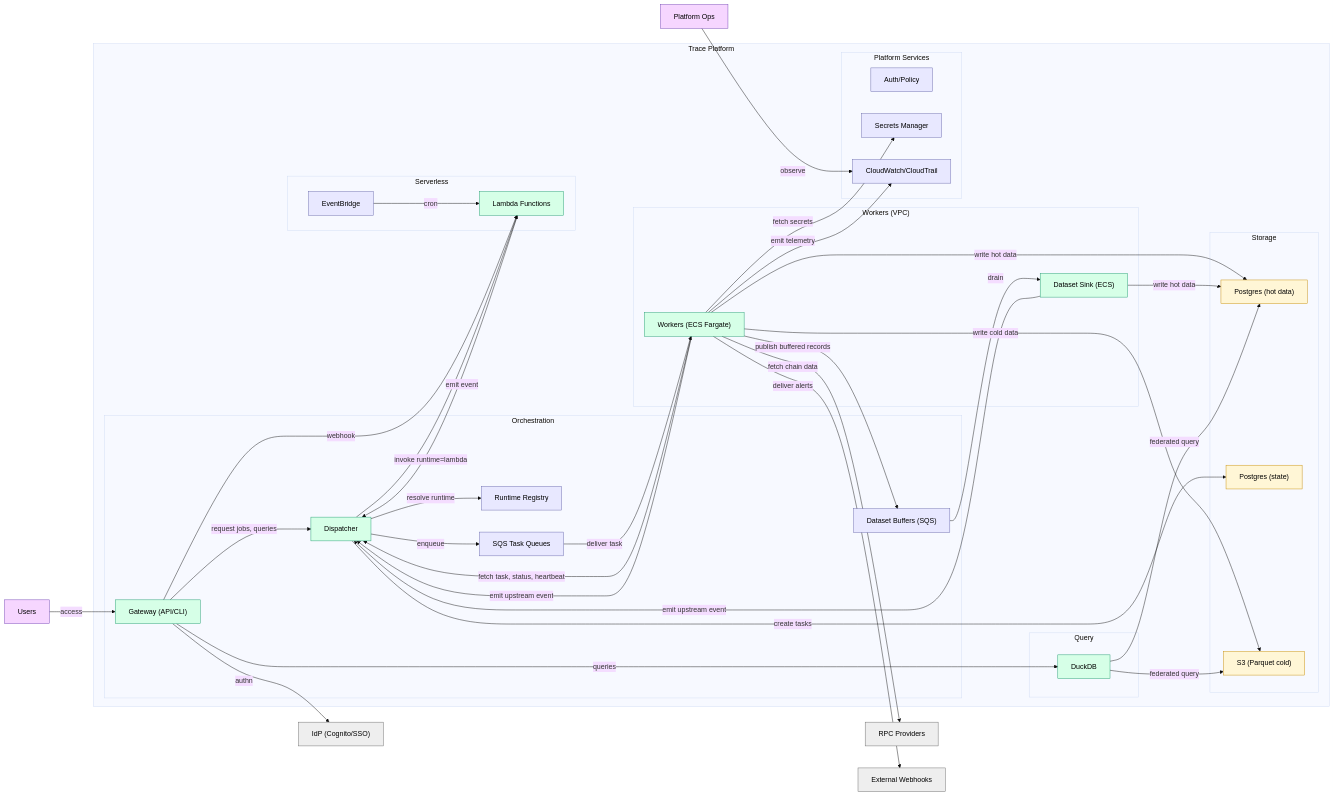
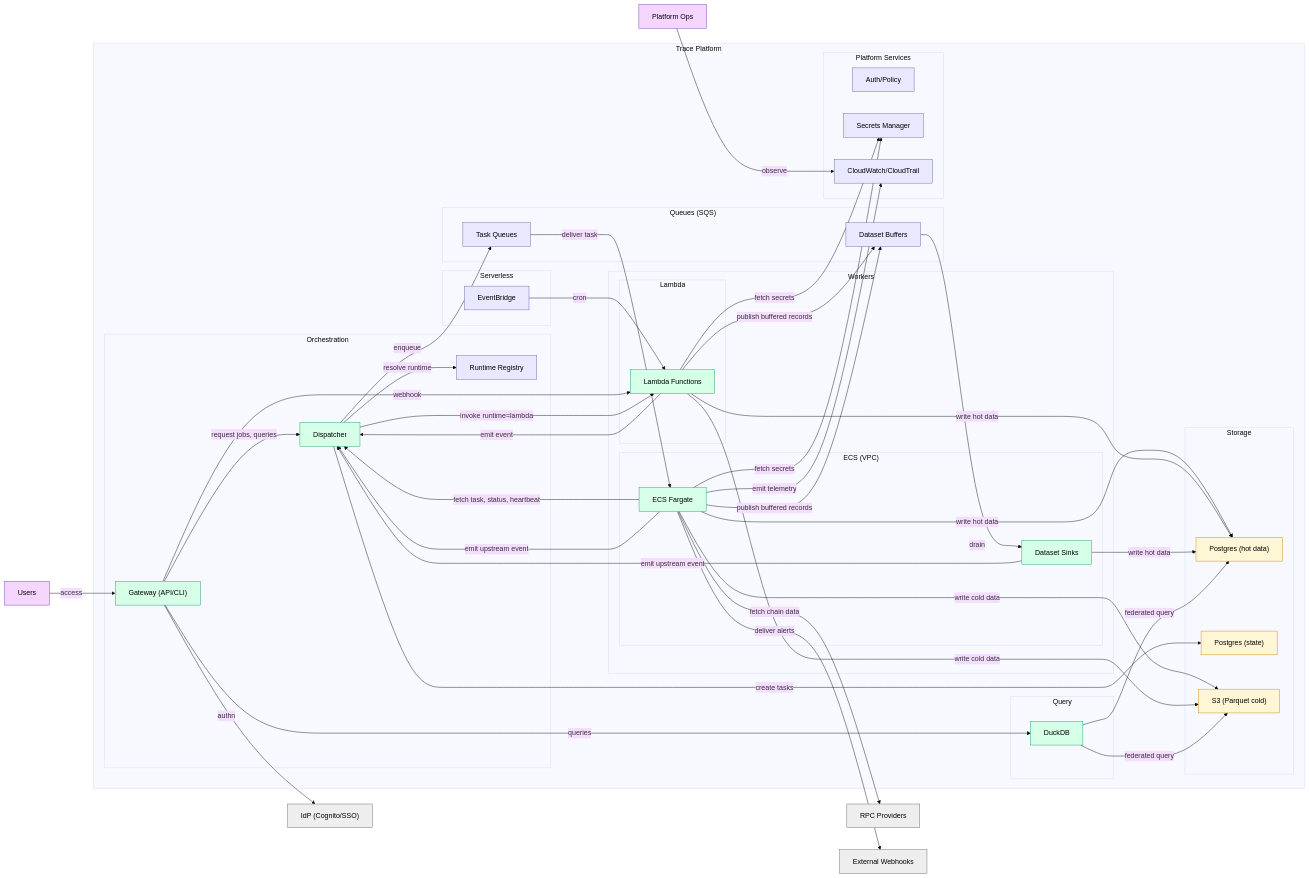
One commit to c7121/trace changed the second of 6 diagrams in docs/readme.md. Above: the diagram before and after it, drawn with Mermaid (base theme). The commit also changed other lines of this file and 7 other files, not shown here.

```diff
--- a/docs/readme.md
+++ b/docs/readme.md
@@ -111,16 +111,22 @@
             gateway["Gateway (API/CLI)"]:::container
             dispatcher["Dispatcher"]:::container
             registry["Runtime Registry"]:::infra
-            task_sqs["SQS Task Queues"]:::infra
-            buffers["Dataset Buffers (SQS)"]:::infra
         end
-        subgraph Compute["Workers (VPC)"]
-            workers["Workers (ECS Fargate)"]:::container
-            sinks["Dataset Sink (ECS)"]:::container
+        subgraph Queues["Queues (SQS)"]
+            task_sqs["Task Queues"]:::infra
+            buffers["Dataset Buffers"]:::infra
+        end
+        subgraph Workers["Workers"]
+            subgraph WorkersVPC["ECS (VPC)"]
+                ecs_workers["ECS Fargate"]:::container
+                sinks["Dataset Sinks"]:::container
+            end
+            subgraph WorkersLambda["Lambda"]
+                lambda["Lambda Functions"]:::container
+            end
         end
         subgraph Serverless["Serverless"]
             eventbridge["EventBridge"]:::infra
-            lambda["Lambda Functions"]:::container
         end
         subgraph Storage["Storage"]
             postgres_hot["Postgres (hot data)"]:::database
@@ -157,17 +163,22 @@
     dispatcher -->|create tasks| postgres_state
     dispatcher -->|resolve runtime| registry
     dispatcher -->|enqueue| task_sqs
-    task_sqs -->|deliver task| workers
+    task_sqs -->|deliver task| ecs_workers
     
-    workers -->|fetch task, status, heartbeat| dispatcher
-    workers -->|write hot data| postgres_hot
-    workers -->|write cold data| s3
-    workers -->|publish buffered records| buffers
-    workers -->|fetch secrets| platformSec
-    workers -->|fetch chain data| rpc
-    workers -->|deliver alerts| webhooks
-    workers -->|emit telemetry| platformObs
-    workers -->|emit upstream event| dispatcher
+    ecs_workers -->|fetch task, status, heartbeat| dispatcher
+    ecs_workers -->|write hot data| postgres_hot
+    ecs_workers -->|write cold data| s3
+    ecs_workers -->|publish buffered records| buffers
+    ecs_workers -->|fetch secrets| platformSec
+    ecs_workers -->|fetch chain data| rpc
+    ecs_workers -->|deliver alerts| webhooks
+    ecs_workers -->|emit telemetry| platformObs
+    ecs_workers -->|emit upstream event| dispatcher
+
+    lambda -->|write hot data| postgres_hot
+    lambda -->|write cold data| s3
+    lambda -->|publish buffered records| buffers
+    lambda -->|fetch secrets| platformSec
 
     buffers -->|drain| sinks
     sinks -->|write hot data| postgres_hot
```
